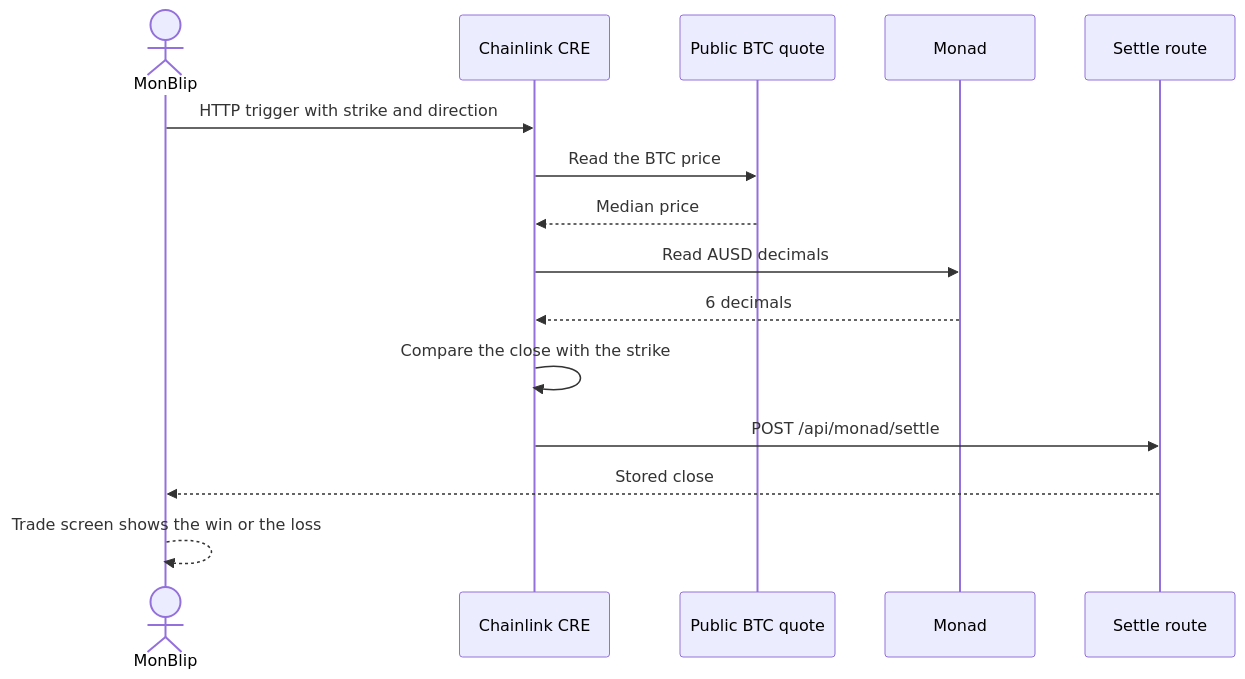
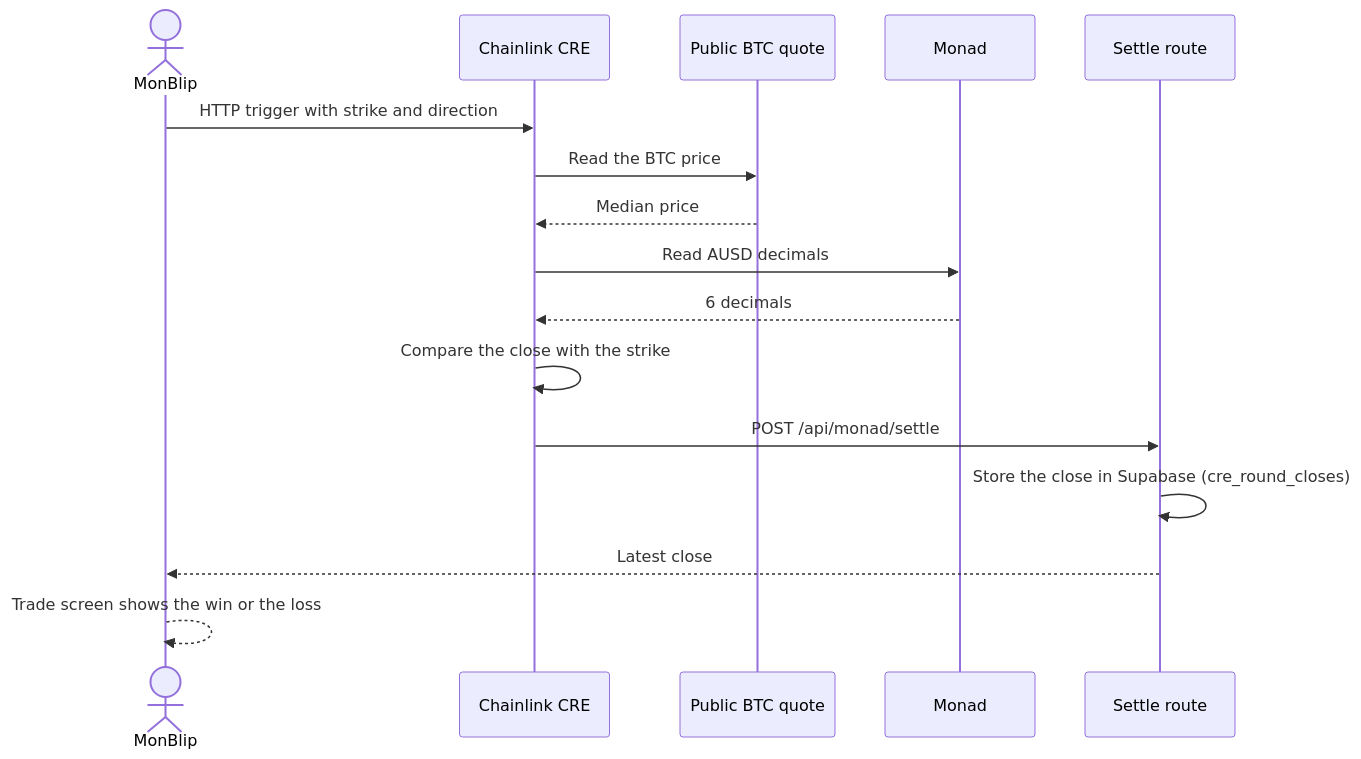
The seventh of 13 diagrams in README.md (AmaanSayyad/MonBlip), drawn with Mermaid before and after one commit. The commit also changed other lines of this file and 16 other files, not shown here.

Commit message:
Link every sponsor flow to its Monad transactions and add screenshots from the app and sponsor dashboards.

````diff
--- a/README.md
+++ b/README.md
@@ -225,18 +329,19 @@
 ```mermaid
 sequenceDiagram
   actor Desk as MonBlip
   participant CRE as Chainlink CRE
   participant Quote as Public BTC quote
   participant Monad
   participant API as Settle route
 
   Desk->>CRE: HTTP trigger with strike and direction
   CRE->>Quote: Read the BTC price
   Quote-->>CRE: Median price
   CRE->>Monad: Read AUSD decimals
   Monad-->>CRE: 6 decimals
   CRE->>CRE: Compare the close with the strike
   CRE->>API: POST /api/monad/settle
-  API-->>Desk: Stored close
+  API->>API: Store the close in Supabase (cre_round_closes)
+  API-->>Desk: Latest close
   Desk-->>Desk: Trade screen shows the win or the loss
 ```
````
